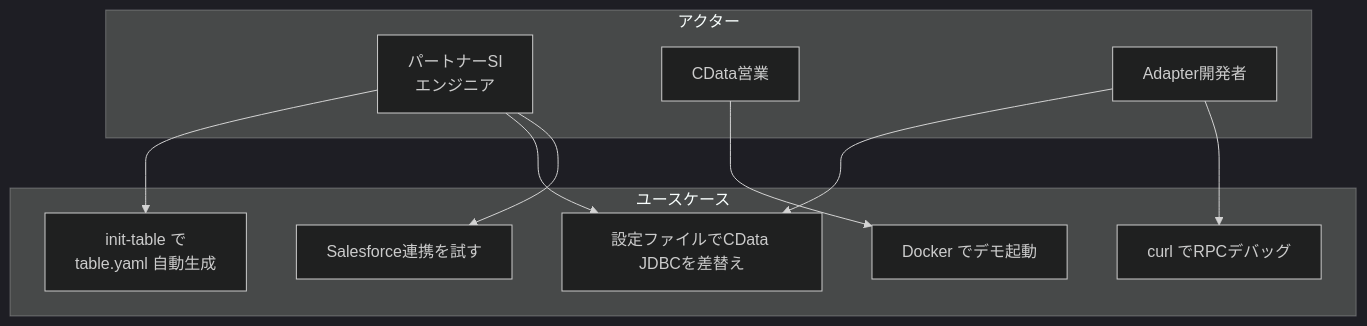
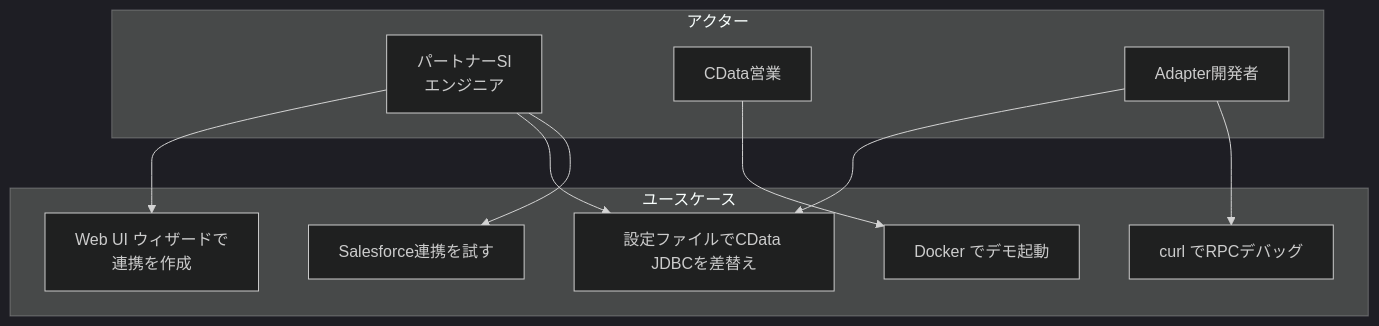
Before and after one commit to sugimomoto/KintoneExternalAppCDataSample: the seventh of 11 diagrams in docs/functional-design.md, drawn with Mermaid (dark theme). The commit also changed other lines of this file and 85 other files, not shown here.

````diff
--- a/docs/functional-design.md
+++ b/docs/functional-design.md
@@ -326,23 +326,23 @@
 ```mermaid
 graph TB
     subgraph アクター
         SI[パートナーSI<br/>エンジニア]
         SE[CData営業]
         DEV[Adapter開発者]
     end
 
     subgraph ユースケース
         UC1[Salesforce連携を試す]
         UC2[Docker でデモ起動]
         UC3[curl でRPCデバッグ]
         UC4[設定ファイルでCData JDBCを差替え]
-        UC5[init-table で<br/>table.yaml 自動生成]
+        UC5[Web UI ウィザードで<br/>連携を作成]
     end
 
     SI --> UC1
     SI --> UC4
     SI --> UC5
     SE --> UC2
     DEV --> UC3
     DEV --> UC4
 ```
````
